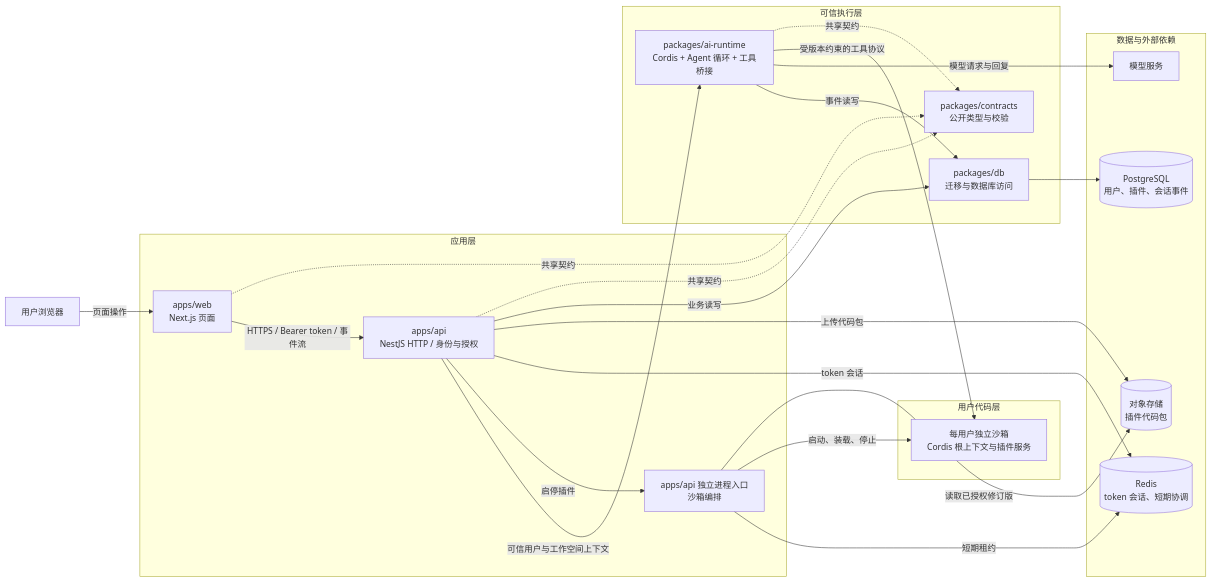
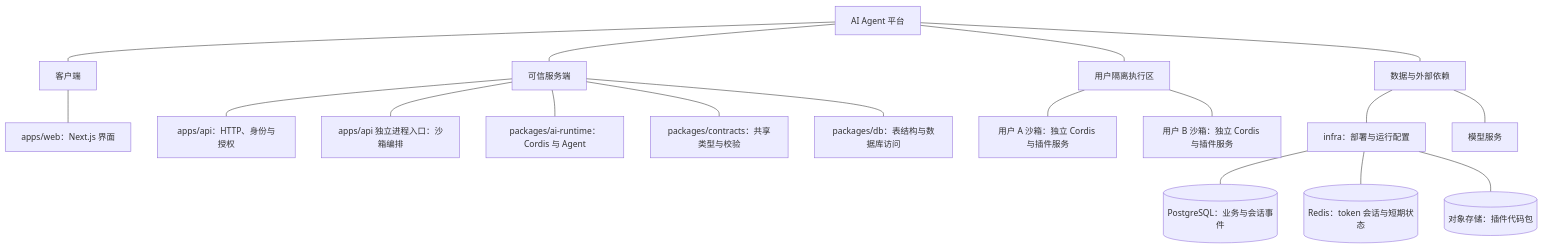
One commit to KiJune-309/ai-harness changed the diagram in docs/technical-plan.md. Above: the diagram before and after it, drawn with Mermaid. The commit also changed other lines of this file, not shown here.

Commit message:
docs(repo): 将整体架构图改为层级结构图

````diff
--- a/docs/technical-plan.md
+++ b/docs/technical-plan.md
@@ -7,40 +7,31 @@
 ```mermaid
-flowchart LR
-    U["用户浏览器"]
-    subgraph App["应用层"]
-        W["apps/web<br/>Next.js 页面"]
-        A["apps/api<br/>NestJS HTTP / 身份与授权"]
-        O["apps/api 独立进程入口<br/>沙箱编排"]
-    end
-    subgraph Core["可信执行层"]
-        R["packages/ai-runtime<br/>Cordis + Agent 循环 + 工具桥接"]
-        D["packages/db<br/>迁移与数据库访问"]
-        C["packages/contracts<br/>公开类型与校验"]
-    end
-    subgraph UserCode["用户代码层"]
-        S["每用户独立沙箱<br/>Cordis 根上下文与插件服务"]
-    end
-    subgraph Infra["数据与外部依赖"]
-        P[("PostgreSQL<br/>用户、插件、会话事件")]
-        X[("Redis<br/>token 会话、短期协调")]
-        B[("对象存储<br/>插件代码包")]
-        M["模型服务"]
-    end
-    U -->|页面操作| W
-    W -->|HTTPS / Bearer token / 事件流| A
-    A -->|可信用户与工作空间上下文| R
-    A -->|启停插件| O
-    A -->|token 会话| X
-    O -->|短期租约| X
-    A -->|上传代码包| B
-    A -->|业务读写| D
-    R -->|事件读写| D
-    D --> P
-    R -->|模型请求与回复| M
-    R -->|受版本约束的工具协议| S
-    O -->|启动、装载、停止| S
-    O -->|读取已授权修订版| B
-    W -.->|共享契约| C
-    A -.->|共享契约| C
-    R -.->|共享契约| C
+graph TB
+    platform["AI Agent 平台"]
+
+    clientLayer["客户端"]
+    trustedLayer["可信服务端"]
+    sandboxLayer["用户隔离执行区"]
+    dependencyLayer["数据与外部依赖"]
+
+    platform --- clientLayer
+    platform --- trustedLayer
+    platform --- sandboxLayer
+    platform --- dependencyLayer
+
+    clientLayer --- web["apps/web：Next.js 界面"]
+
+    trustedLayer --- api["apps/api：HTTP、身份与授权"]
+    trustedLayer --- orchestrator["apps/api 独立进程入口：沙箱编排"]
+    trustedLayer --- runtime["packages/ai-runtime：Cordis 与 Agent"]
+    trustedLayer --- contracts["packages/contracts：共享类型与校验"]
+    trustedLayer --- database["packages/db：表结构与数据库访问"]
+
+    sandboxLayer --- sandboxA["用户 A 沙箱：独立 Cordis 与插件服务"]
+    sandboxLayer --- sandboxB["用户 B 沙箱：独立 Cordis 与插件服务"]
+
+    dependencyLayer --- infra["infra：部署与运行配置"]
+    infra --- postgres[("PostgreSQL：业务与会话事件")]
+    infra --- redis[("Redis：token 会话与短期状态")]
+    infra --- objectStore[("对象存储：插件代码包")]
+    dependencyLayer --- model["模型服务"]
 ```
````
